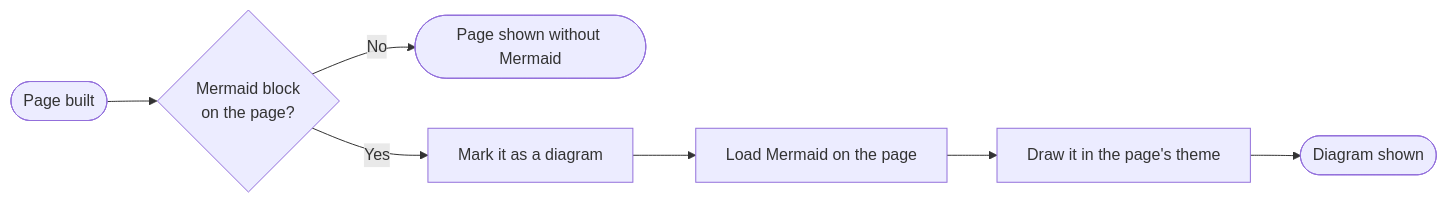
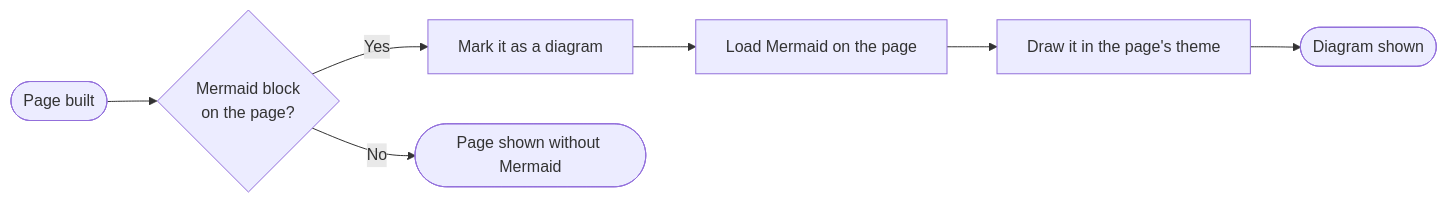
One commit to timothymarois/wiki-builder changed the diagram in docs/wiki/pages/pages/diagrams.md. Above: the diagram before and after it, drawn with Mermaid. The commit also changed 27 other files, not shown here.

````diff
--- a/docs/wiki/pages/pages/diagrams.md
+++ b/docs/wiki/pages/pages/diagrams.md
@@ -51,9 +51,9 @@
 ```mermaid
 flowchart LR
-  accTitle: How a diagram is drawn
+  accTitle: Diagram drawing
   accDescr: When a page is built, a page without a mermaid block is shown without Mermaid. A page with one has the block marked as a diagram, loads Mermaid, and has the diagram drawn in its theme.
   built(["Page built"]) --> has{"Mermaid block<br/>on the page?"}
-  has -- "No" --> plain(["Page shown without Mermaid"])
   has -- "Yes" --> mark["Mark it as a diagram"] --> load["Load Mermaid on the page"]
   load --> draw["Draw it in the page's theme"] --> shown(["Diagram shown"])
+  has -- "No" --> plain(["Page shown without Mermaid"])
 ```
````
